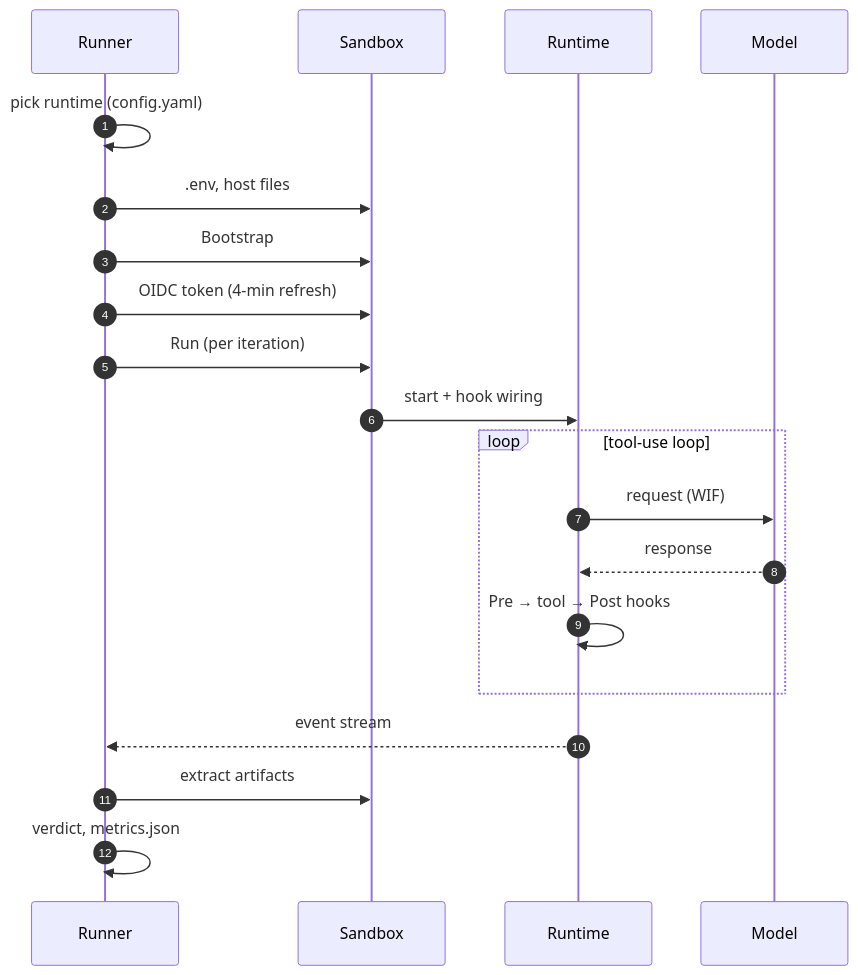
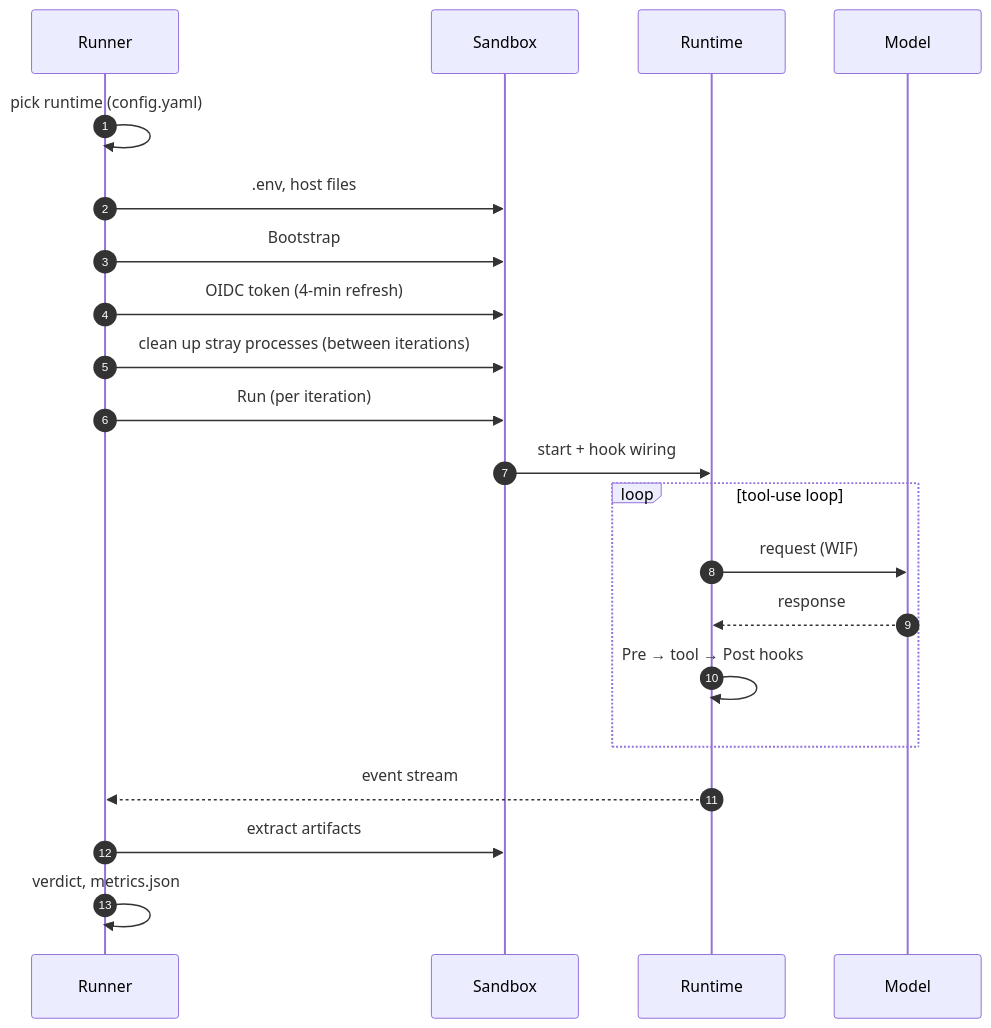
Before and after one commit to dhshah13/fullsend: the first of 2 diagrams in docs/runtimes.md, drawn with Mermaid. The commit also changed other lines of this file and 7 other files, not shown here.

````diff
--- a/docs/runtimes.md
+++ b/docs/runtimes.md
@@ -26,22 +26,23 @@
 ```mermaid
 sequenceDiagram
   autonumber
   participant R as Runner
   participant S as Sandbox
   participant A as Runtime
   participant M as Model
   R->>R: pick runtime (config.yaml)
   R->>S: .env, host files
   R->>S: Bootstrap
   R->>S: OIDC token (4-min refresh)
+  R->>S: clean up stray processes (between iterations)
   R->>S: Run (per iteration)
   S->>A: start + hook wiring
   loop tool-use loop
     A->>M: request (WIF)
     M-->>A: response
     A->>A: Pre → tool → Post hooks
   end
   A-->>R: event stream
   R->>S: extract artifacts
   R->>R: verdict, metrics.json
 ```
````
